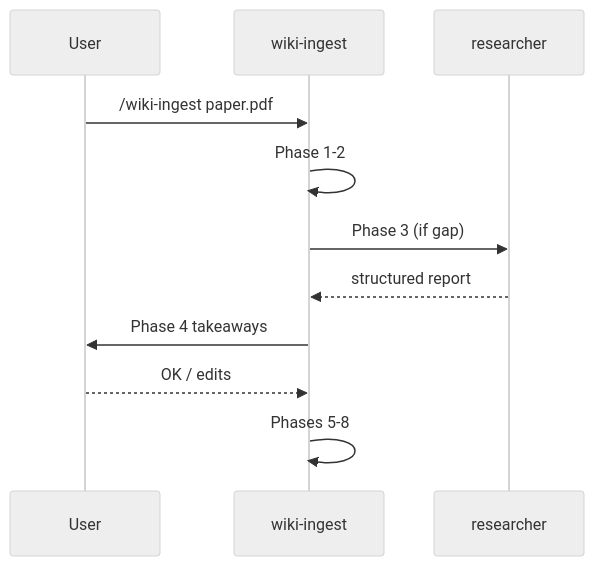
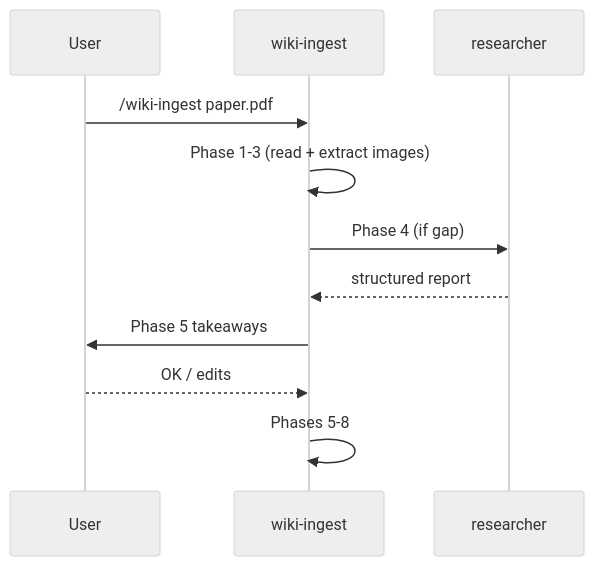
The second of 2 diagrams in .claude/skills/_shared/illustration-policy.md (gracikk-ds/knowledge_sharing_wiki), drawn with Mermaid (neutral theme) before and after one commit. The commit also changed other lines of this file and 6 other files, not shown here.

````diff
--- a/.claude/skills/_shared/illustration-policy.md
+++ b/.claude/skills/_shared/illustration-policy.md
@@ -43,13 +43,13 @@
 ```mermaid
 sequenceDiagram
     participant U as User
     participant W as wiki-ingest
     participant R as researcher
     U->>W: /wiki-ingest paper.pdf
-    W->>W: Phase 1-2
-    W->>R: Phase 3 (if gap)
+    W->>W: Phase 1-3 (read + extract images)
+    W->>R: Phase 4 (if gap)
     R-->>W: structured report
-    W->>U: Phase 4 takeaways
+    W->>U: Phase 5 takeaways
     U-->>W: OK / edits
     W->>W: Phases 5-8
 ```
````
